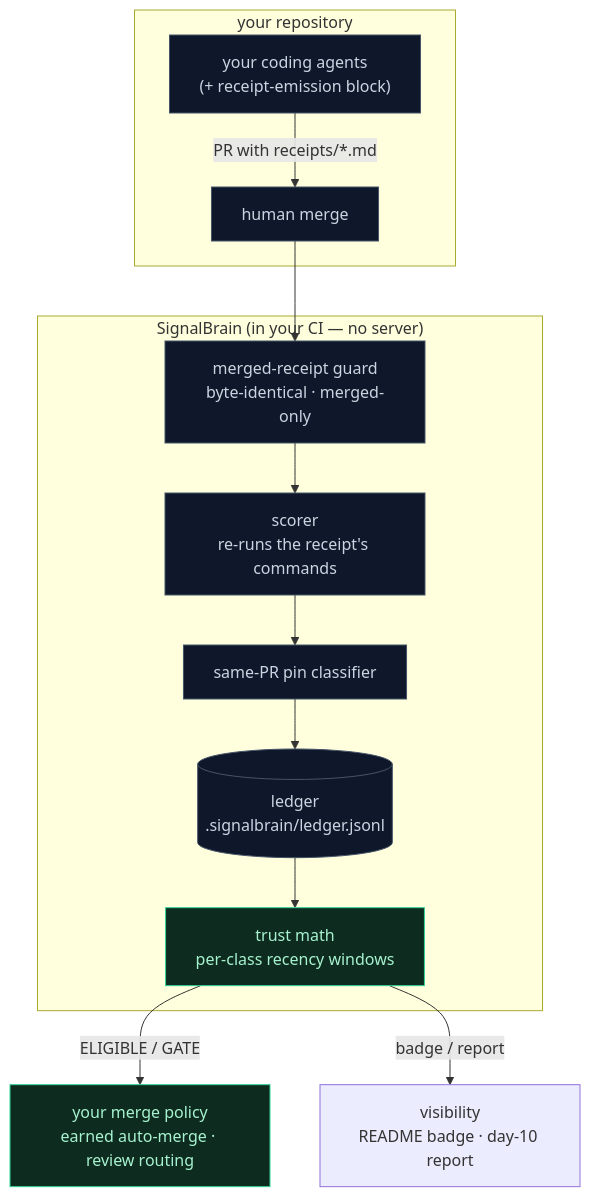
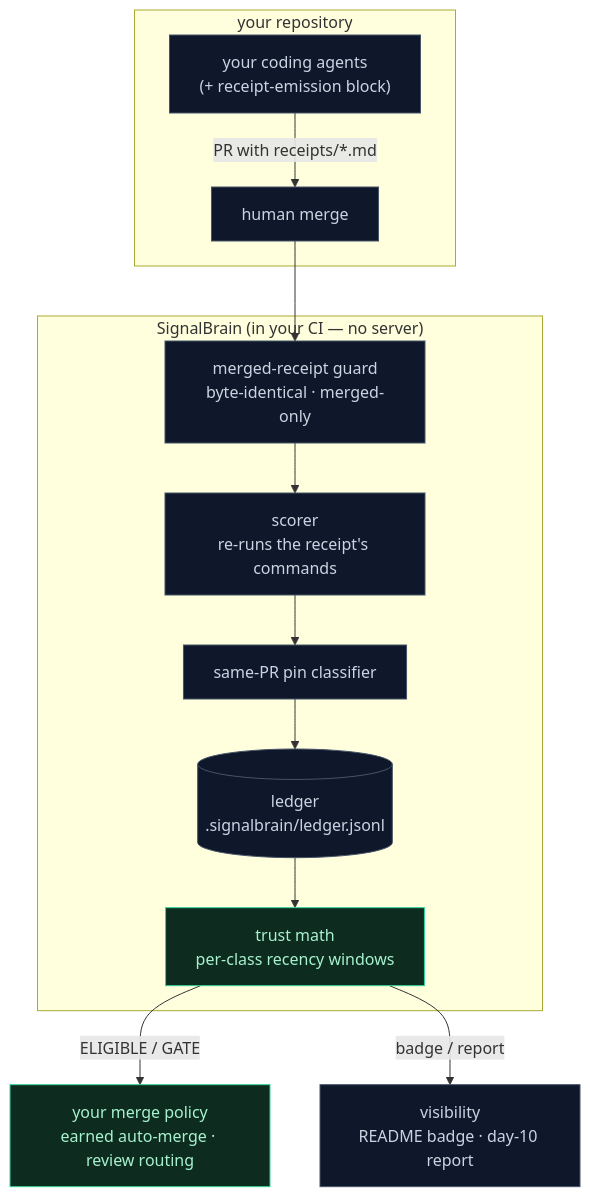
Before and after one commit to Hayathorium/signalbrain: the diagram in docs/PHASE0_EXTRACT_PLAN.md, drawn with Mermaid.

Commit message:
fix: stray node id in architecture mermaid class statement

````diff
--- a/docs/PHASE0_EXTRACT_PLAN.md
+++ b/docs/PHASE0_EXTRACT_PLAN.md
@@ -23,20 +23,20 @@
 ```mermaid
 flowchart TB
     subgraph repo["your repository"]
         AG["your coding agents<br/>(+ receipt-emission block)"] -->|"PR with receipts/*.md"| MR["human merge"]
     end
     subgraph gate["SignalBrain (in your CI — no server)"]
         MR --> GD["merged-receipt guard<br/>byte-identical · merged-only"]
         GD --> SC["scorer<br/>re-runs the receipt's commands"]
         SC --> PC["same-PR pin classifier"]
         PC --> LG[("ledger<br/>.signalbrain/ledger.jsonl")]
         LG --> TR["trust math<br/>per-class recency windows"]
     end
     TR -->|"ELIGIBLE / GATE"| POL["your merge policy<br/>earned auto-merge · review routing"]
     TR -->|"badge / report"| VIS["visibility<br/>README badge · day-10 report"]
 
     classDef box fill:#0f172a,stroke:#475569,color:#cbd5e1
     classDef hot fill:#0d2b1e,stroke:#34d399,color:#a7f3d0
-    class AG,MR,GD,SC,PC,LG,box box
+    class AG,MR,GD,SC,PC,LG,VIS box
     class TR,POL hot
 ```
````
